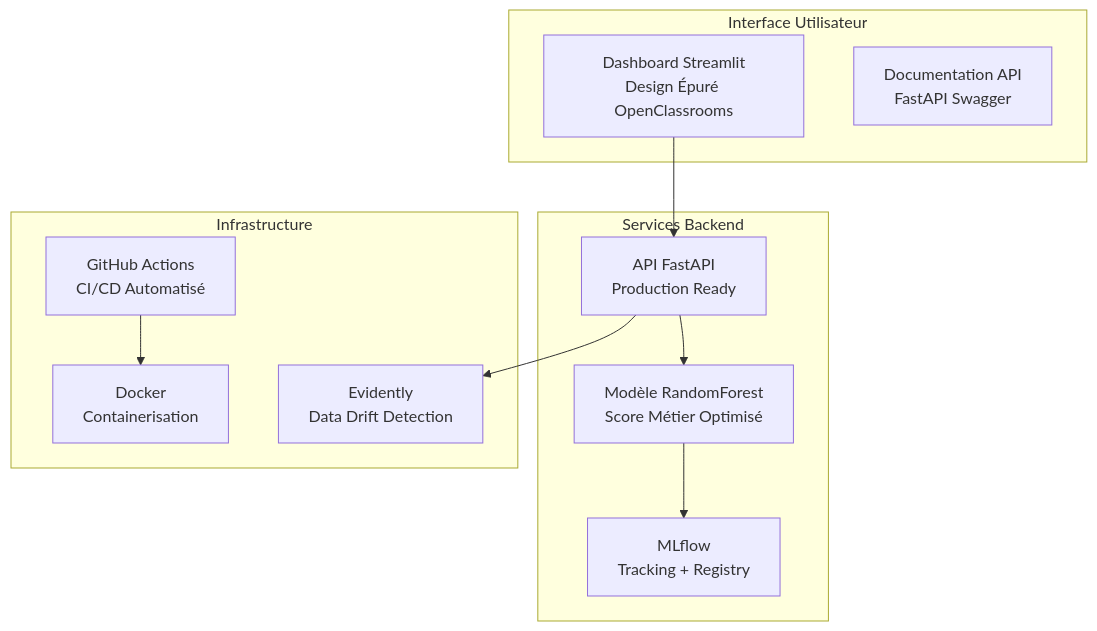
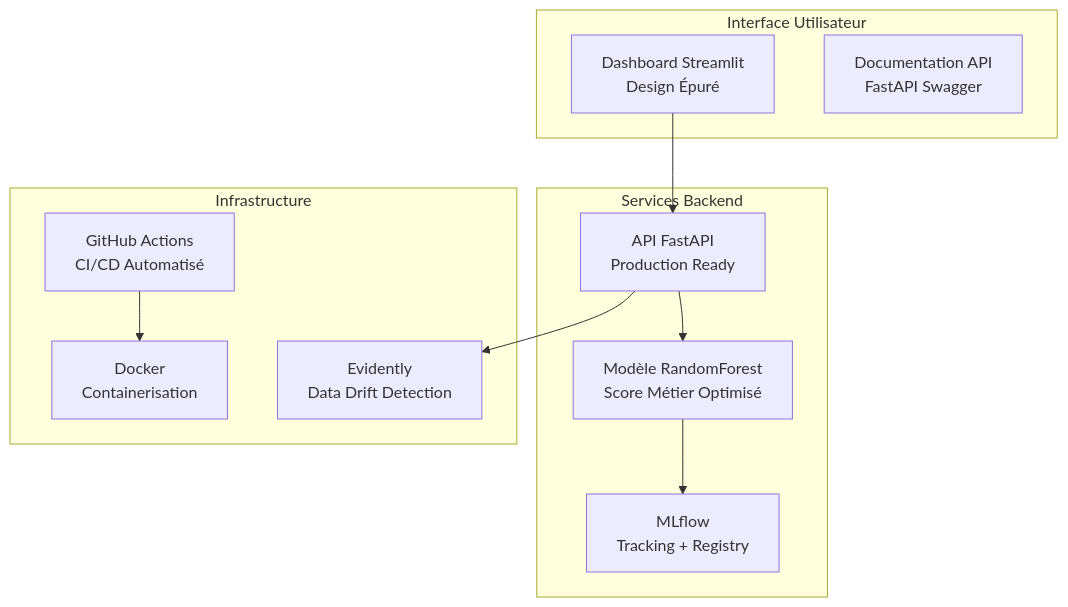
The diagram in README.md (Vorkel/mn-opc-7025), drawn with Mermaid before and after one commit. The commit also changed 4 other files, not shown here.

````diff
--- a/README.md
+++ b/README.md
@@ -112,25 +112,25 @@
 ```mermaid
 graph TB
     subgraph "Interface Utilisateur"
-        STREAMLIT[Dashboard Streamlit<br/>Design Épuré OpenClassrooms]
+        STREAMLIT[Dashboard Streamlit<br/>Design Épuré]
         API_DOC[Documentation API<br/>FastAPI Swagger]
     end
 
     subgraph "Services Backend"
         API[API FastAPI<br/>Production Ready]
         MODEL[Modèle RandomForest<br/>Score Métier Optimisé]
         MLFLOW[MLflow<br/>Tracking + Registry]
     end
 
     subgraph "Infrastructure"
         GITHUB[GitHub Actions<br/>CI/CD Automatisé]
         DOCKER[Docker<br/>Containerisation]
         MONITORING[Evidently<br/>Data Drift Detection]
     end
 
     STREAMLIT --> API
     API --> MODEL
     MODEL --> MLFLOW
     GITHUB --> DOCKER
     API --> MONITORING
 ```
````
